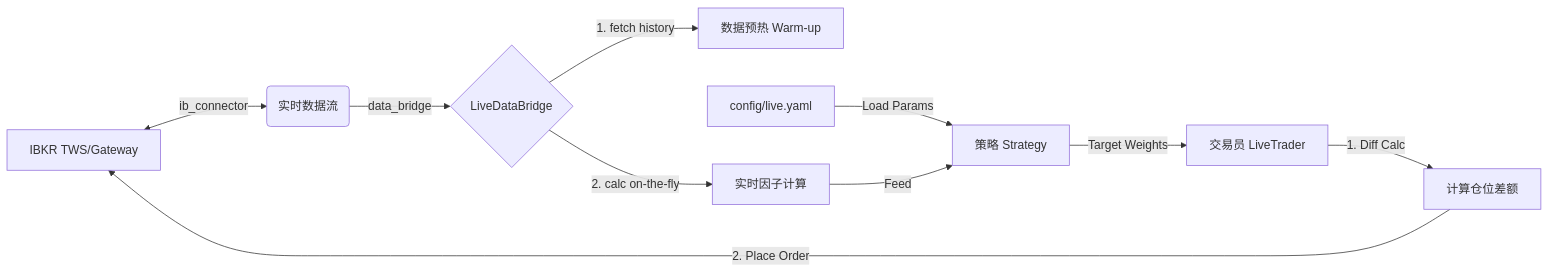
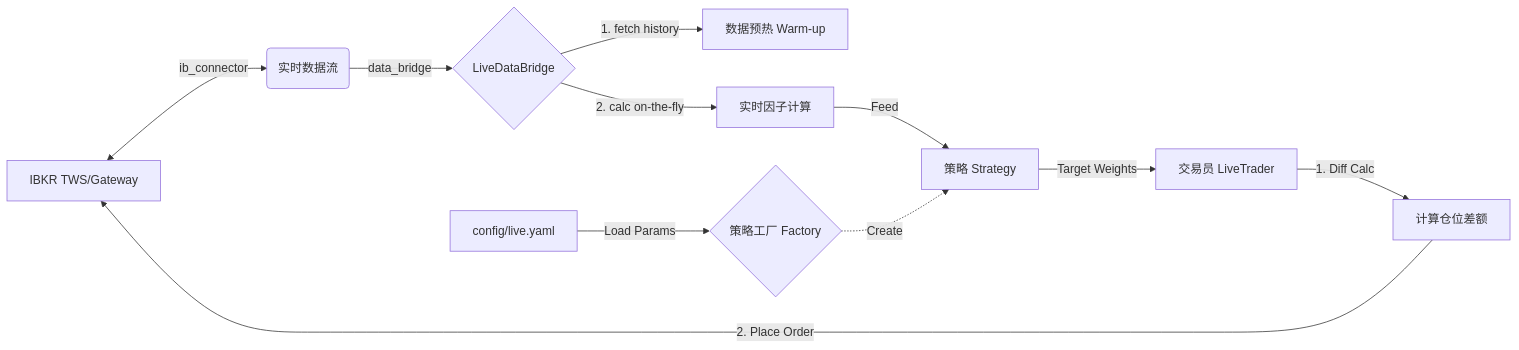
Before and after one commit to ericwang0321/Multi-Factor-Backtester: the second of 2 diagrams in README.md, drawn with Mermaid. The commit also changed other lines of this file, not shown here.

````diff
--- a/README.md
+++ b/README.md
@@ -50,13 +52,14 @@
 ```mermaid
 graph LR
     A[IBKR TWS/Gateway] <-->|ib_connector| B(实时数据流)
     B -->|data_bridge| C{LiveDataBridge}
     C -- 1. fetch history --> D[数据预热 Warm-up]
     C -- 2. calc on-the-fly --> E[实时因子计算]
-    Config[config/live.yaml] -->|Load Params| F[策略 Strategy]
+    Config[config/live.yaml] -->|Load Params| Fact{策略工厂 Factory}
+    Fact -.->|Create| F[策略 Strategy]
     E -->|Feed| F
     F -->|Target Weights| G[交易员 LiveTrader]
     G -- 1. Diff Calc --> H[计算仓位差额]
     H -- 2. Place Order --> A
 
 ```
````
